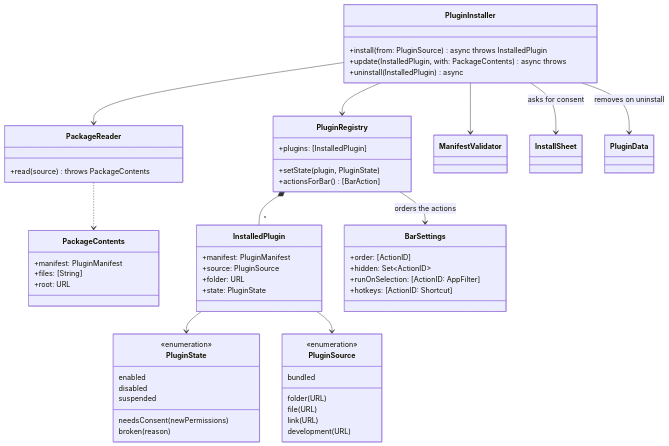
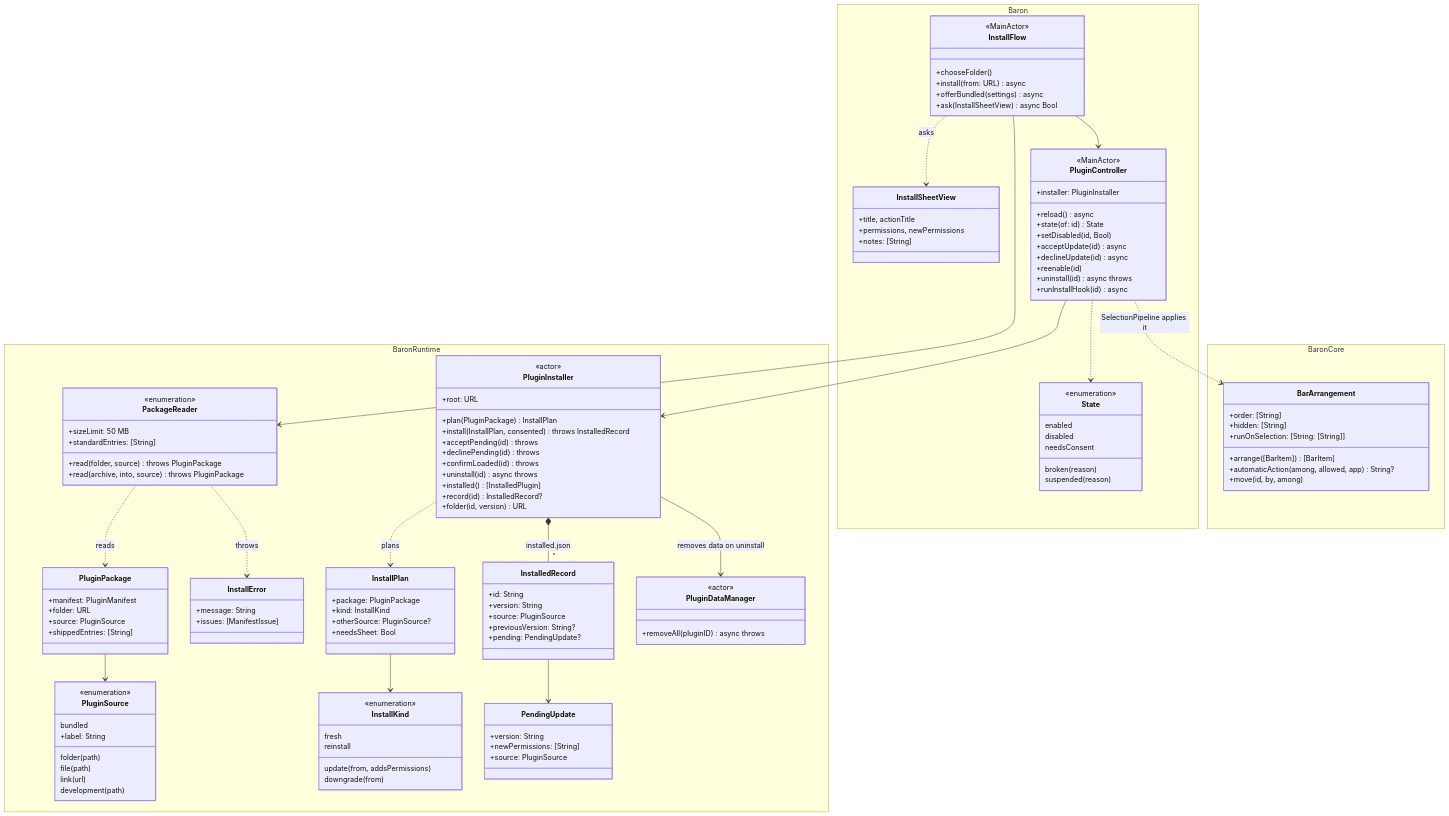
One commit to mx-in/ODH changed the first of 3 diagrams in docs/design/plugin-platform/10-install-and-lifecycle.md. Above: the diagram before and after it, drawn with Mermaid. The commit also changed other lines of this file and 3 other files, not shown here.

First line of the commit message:
docs(design): draw install, consent and developer tooling as built in task-008

````diff
--- a/docs/design/plugin-platform/10-install-and-lifecycle.md
+++ b/docs/design/plugin-platform/10-install-and-lifecycle.md
@@ -63,59 +63,131 @@
 ```mermaid
 classDiagram
-  class PluginInstaller {
-    +install(from: PluginSource) async throws InstalledPlugin
-    +update(InstalledPlugin, with: PackageContents) async throws
-    +uninstall(InstalledPlugin) async
+  namespace BaronRuntime {
+    class PackageReader {
+      <<enumeration>>
+      +sizeLimit: 50 MB
+      +standardEntries: [String]
+      +read(folder, source) throws PluginPackage
+      +read(archive, into, source) throws PluginPackage
+    }
+    class PluginPackage {
+      +manifest: PluginManifest
+      +folder: URL
+      +source: PluginSource
+      +shippedEntries: [String]
+    }
+    class PluginSource {
+      <<enumeration>>
+      bundled
+      folder(path)
+      file(path)
+      link(url)
+      development(path)
+      +label: String
+    }
+    class InstallError {
+      +message: String
+      +issues: [ManifestIssue]
+    }
+    class PluginInstaller {
+      <<actor>>
+      +root: URL
+      +plan(PluginPackage) InstallPlan
+      +install(InstallPlan, consented) throws InstalledRecord
+      +acceptPending(id) throws
+      +declinePending(id) throws
+      +confirmLoaded(id) throws
+      +uninstall(id) async throws
+      +installed() [InstalledPlugin]
+      +record(id) InstalledRecord?
+      +folder(id, version) URL
+    }
+    class InstallPlan {
+      +package: PluginPackage
+      +kind: InstallKind
+      +otherSource: PluginSource?
+      +needsSheet: Bool
+    }
+    class InstallKind {
+      <<enumeration>>
+      fresh
+      update(from, addsPermissions)
+      reinstall
+      downgrade(from)
+    }
+    class InstalledRecord {
+      +id: String
+      +version: String
+      +source: PluginSource
+      +previousVersion: String?
+      +pending: PendingUpdate?
+    }
+    class PendingUpdate {
+      +version: String
+      +newPermissions: [String]
+      +source: PluginSource
+    }
+    class PluginDataManager {
+      <<actor>>
+      +removeAll(pluginID) async throws
+    }
   }
-  class PluginSource {
-    <<enumeration>>
-    bundled
-    folder(URL)
-    file(URL)
-    link(URL)
-    development(URL)
+  namespace Baron {
+    class InstallFlow {
+      <<MainActor>>
+      +chooseFolder()
+      +install(from: URL) async
+      +offerBundled(settings) async
+      +ask(InstallSheetView) async Bool
+    }
+    class InstallSheetView {
+      +title, actionTitle
+      +permissions, newPermissions
+      +notes: [String]
+    }
+    class PluginController {
+      <<MainActor>>
+      +installer: PluginInstaller
+      +reload() async
+      +state(of: id) State
+      +setDisabled(id, Bool)
+      +acceptUpdate(id) async
+      +declineUpdate(id) async
+      +reenable(id)
+      +uninstall(id) async throws
+      +runInstallHook(id) async
+    }
+    class State {
+      <<enumeration>>
+      enabled
+      disabled
+      needsConsent
+      broken(reason)
+      suspended(reason)
+    }
   }
-  class PackageReader {
-    +read(source) throws PackageContents
+  namespace BaronCore {
+    class BarArrangement {
+      +order: [String]
+      +hidden: [String]
+      +runOnSelection: [String: [String]]
+      +arrange([BarItem]) [BarItem]
+      +automaticAction(among, allowed, app) String?
+      +move(id, by, among)
+    }
   }
-  class PackageContents {
-    +manifest: PluginManifest
-    +files: [String]
-    +root: URL
-  }
-  class PluginRegistry {
-    +plugins: [InstalledPlugin]
-    +setState(plugin, PluginState)
-    +actionsForBar() [BarAction]
-  }
-  class InstalledPlugin {
-    +manifest: PluginManifest
-    +source: PluginSource
-    +folder: URL
-    +state: PluginState
-  }
-  class PluginState {
-    <<enumeration>>
-    enabled
-    disabled
-    needsConsent(newPermissions)
-    broken(reason)
-    suspended
-  }
-  class BarSettings {
-    +order: [ActionID]
-    +hidden: Set~ActionID~
-    +runOnSelection: [ActionID: AppFilter]
-    +hotkeys: [ActionID: Shortcut]
-  }
-  PluginInstaller --> PackageReader
-  PackageReader ..> PackageContents
-  PluginInstaller --> ManifestValidator
-  PluginInstaller --> InstallSheet : asks for consent
-  PluginInstaller --> PluginRegistry
-  PluginInstaller --> PluginData : removes on uninstall
-  PluginRegistry *-- "*" InstalledPlugin
-  InstalledPlugin --> PluginState
-  InstalledPlugin --> PluginSource
-  PluginRegistry --> BarSettings : orders the actions
+  PackageReader ..> PluginPackage : reads
+  PackageReader ..> InstallError : throws
+  PluginPackage --> PluginSource
+  PluginInstaller ..> InstallPlan : plans
+  InstallPlan --> InstallKind
+  PluginInstaller *-- "*" InstalledRecord : installed.json
+  InstalledRecord --> PendingUpdate
+  PluginInstaller --> PluginDataManager : removes data on uninstall
+  InstallFlow --> PackageReader
+  InstallFlow --> PluginController
+  InstallFlow ..> InstallSheetView : asks
+  PluginController --> PluginInstaller
+  PluginController ..> State
+  PluginController ..> BarArrangement : SelectionPipeline applies it
 ```
````
